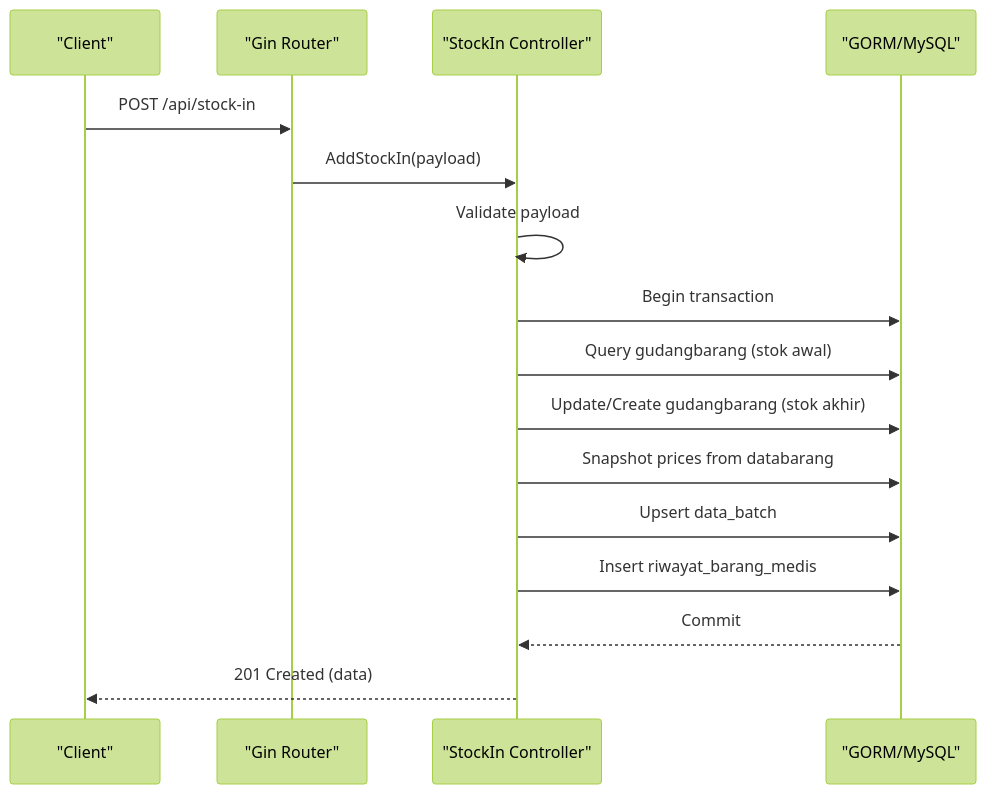
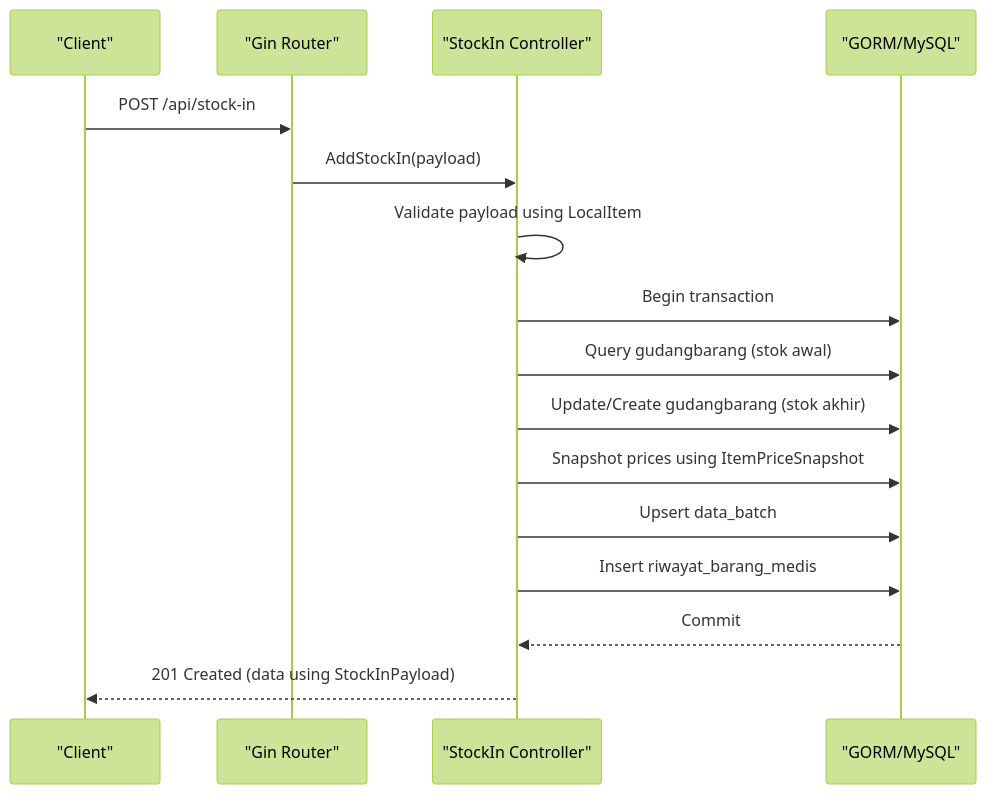
One commit to haidarqawama/PPA-klinik-amc changed the fifth of 8 diagrams in .qoder/repowiki/en/content/Backend Architecture/Backend Architecture.md. Above: the diagram before and after it, drawn with Mermaid (forest theme). The commit also changed other lines of this file and 58 other files, not shown here.

````diff
--- a/.qoder/repowiki/en/content/Backend Architecture/Backend Architecture.md
+++ b/.qoder/repowiki/en/content/Backend Architecture/Backend Architecture.md
@@ -243,18 +286,18 @@
 ```mermaid
 sequenceDiagram
 participant Client as "Client"
 participant Router as "Gin Router"
 participant Ctrl as "StockIn Controller"
 participant DB as "GORM/MySQL"
 Client->>Router : POST /api/stock-in
 Router->>Ctrl : AddStockIn(payload)
-Ctrl->>Ctrl : Validate payload
+Ctrl->>Ctrl : Validate payload using LocalItem
 Ctrl->>DB : Begin transaction
 Ctrl->>DB : Query gudangbarang (stok awal)
 Ctrl->>DB : Update/Create gudangbarang (stok akhir)
-Ctrl->>DB : Snapshot prices from databarang
+Ctrl->>DB : Snapshot prices using ItemPriceSnapshot
 Ctrl->>DB : Upsert data_batch
 Ctrl->>DB : Insert riwayat_barang_medis
 DB-->>Ctrl : Commit
-Ctrl-->>Client : 201 Created (data)
+Ctrl-->>Client : 201 Created (data using StockInPayload)
 ```
````
